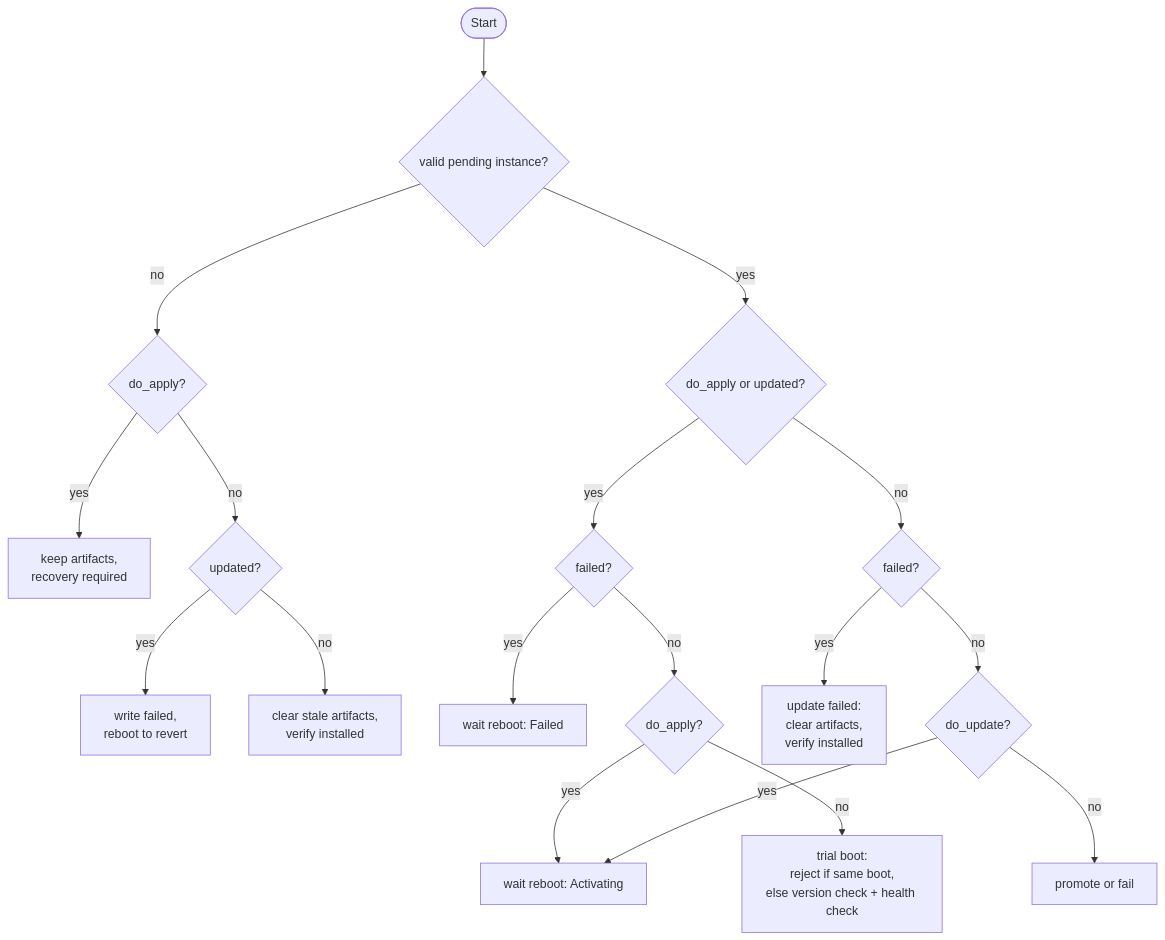
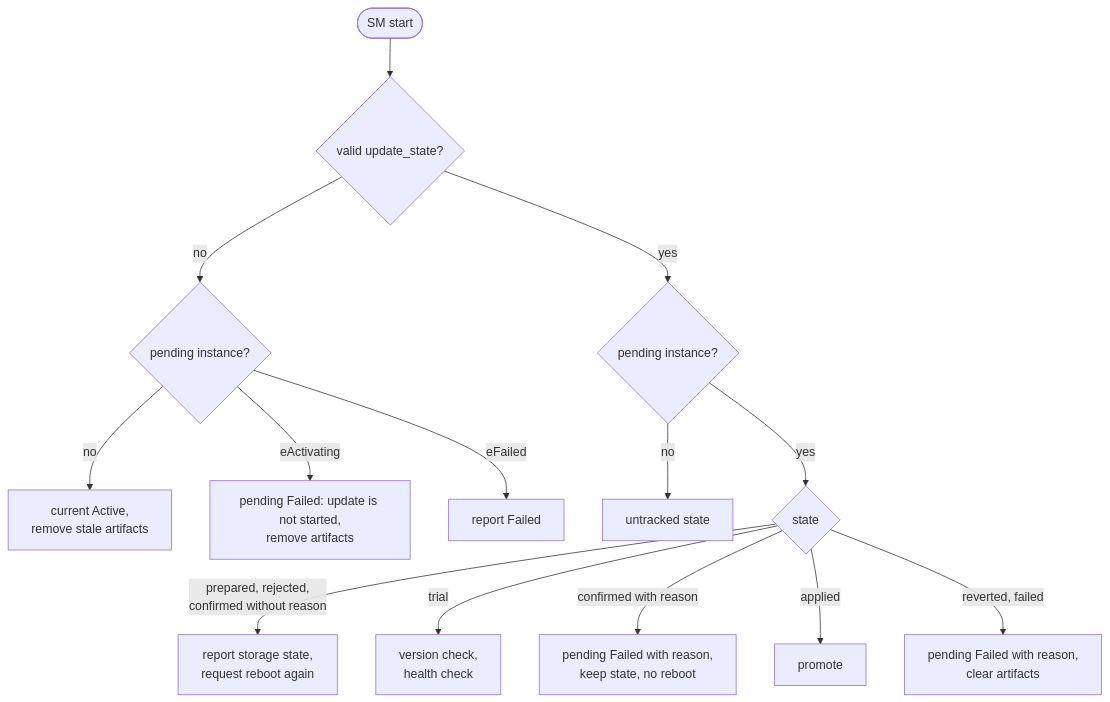
Before and after one commit to aosedge/aos_core_cpp: the fourth of 4 diagrams in src/sm/launcher/runtimes/rootfs/rootfs.md, drawn with Mermaid. The commit also changed other lines of this file and 15 other files, not shown here.

````diff
--- a/src/sm/launcher/runtimes/rootfs/rootfs.md
+++ b/src/sm/launcher/runtimes/rootfs/rootfs.md
@@ -276,20 +305,19 @@
 ```mermaid
 flowchart TD
-    start([Start]) --> pending{valid pending instance?}
-    pending -- no --> noPendingApply{do_apply?}
-    noPendingApply -- yes --> keep[keep artifacts,<br/>recovery required]
-    noPendingApply -- no --> trial{updated?}
-    trial -- yes --> revert[write failed,<br/>reboot to revert]
-    trial -- no --> clear[clear stale artifacts,<br/>verify installed]
-    pending -- yes --> applyOrTrial{do_apply or updated?}
-    applyOrTrial -- yes --> failed1{failed?}
-    failed1 -- yes --> waitFailed[wait reboot: Failed]
-    failed1 -- no --> doApply{do_apply?}
-    doApply -- yes --> waitActivating[wait reboot: Activating]
-    doApply -- no --> updated[trial boot:<br/>reject if same boot,<br/>else version check + health check]
-    applyOrTrial -- no --> failed2{failed?}
-    failed2 -- yes --> processFailed[update failed:<br/>clear artifacts,<br/>verify installed]
-    failed2 -- no --> doUpdate{do_update?}
-    doUpdate -- yes --> waitActivating
-    doUpdate -- no --> noAction[promote or fail]
+    start([SM start]) --> file{valid update_state?}
+
+    file -- no --> pendNoFile{pending instance?}
+    pendNoFile -- no --> idle[current Active,<br/>remove stale artifacts]
+    pendNoFile -- eActivating --> notStarted[pending Failed: update is not started,<br/>remove artifacts]
+    pendNoFile -- eFailed --> reportFailed[report Failed]
+
+    file -- yes --> pend{pending instance?}
+    pend -- no --> untracked[untracked state]
+    pend -- yes --> st{state}
+
+    st -- prepared, rejected,<br/>confirmed without reason --> wait[report storage state,<br/>request reboot again]
+    st -- trial --> trial[version check,<br/>health check]
+    st -- confirmed with reason --> applyFailed[pending Failed with reason,<br/>keep state, no reboot]
+    st -- applied --> promote[promote]
+    st -- reverted, failed --> failed[pending Failed with reason,<br/>clear artifacts]
 ```
````
